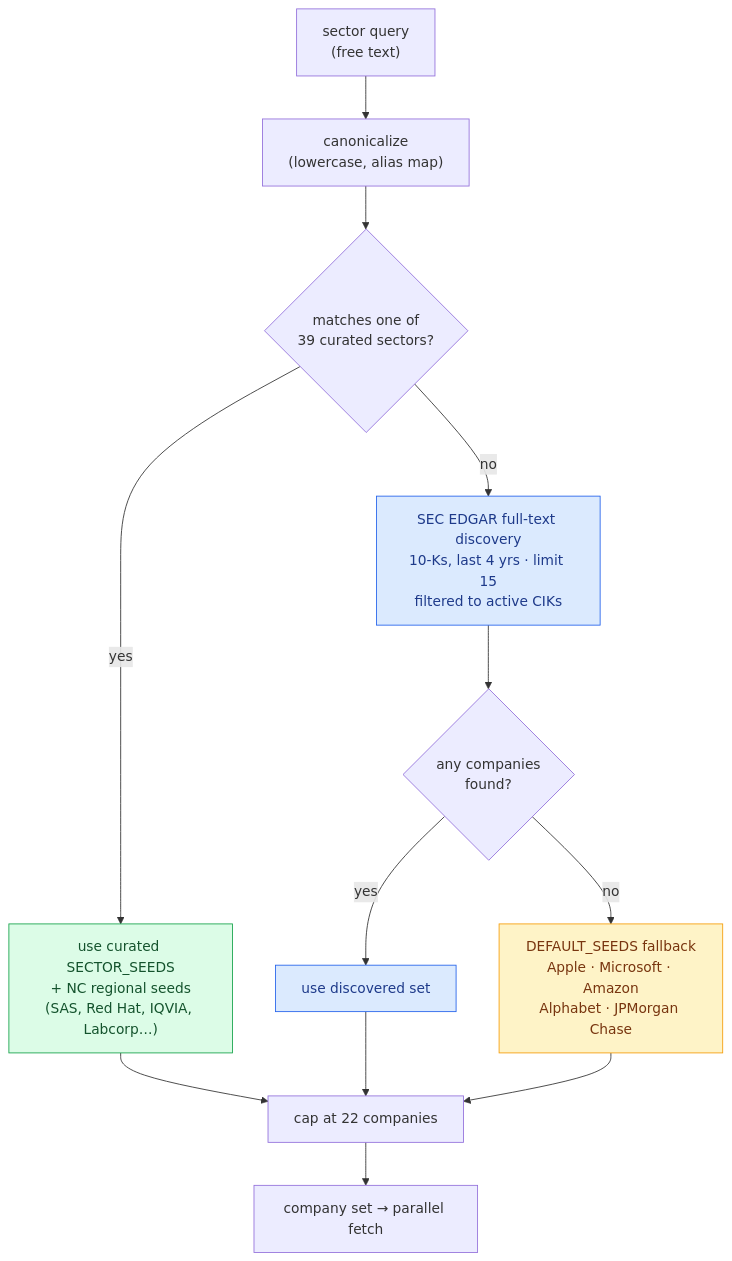
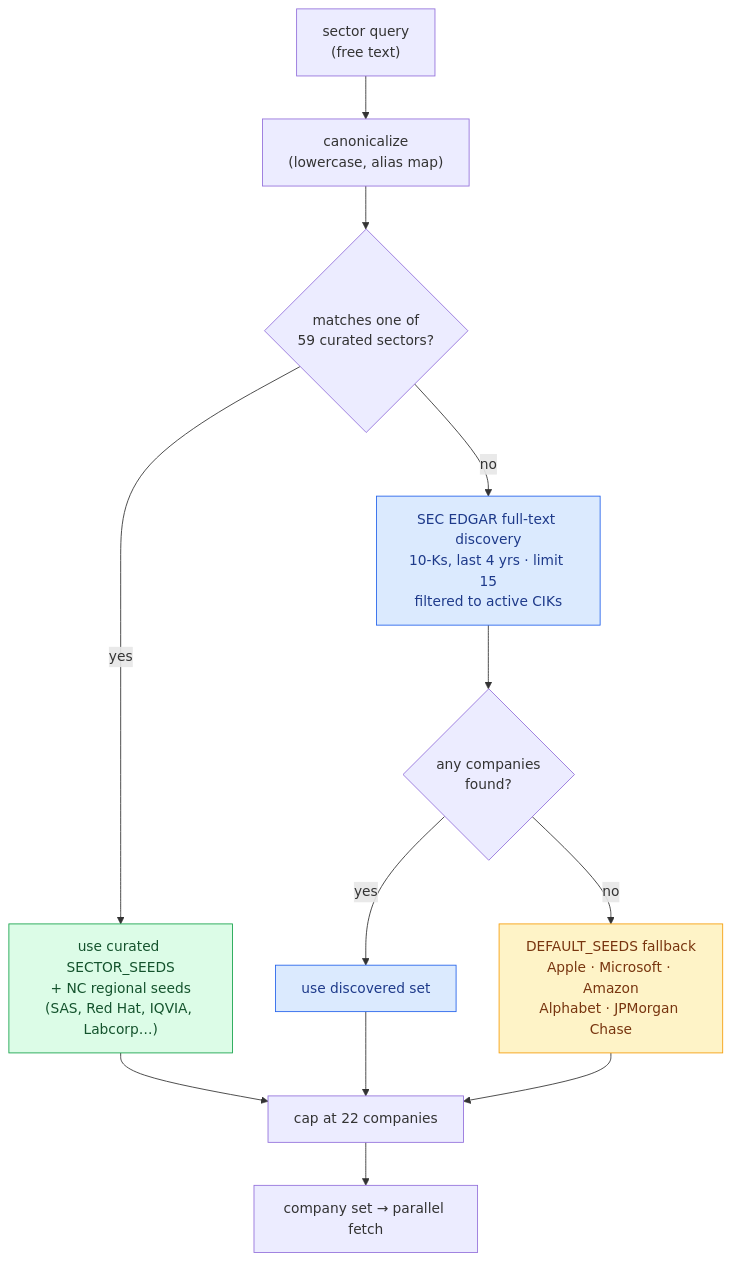
Before and after one commit to AidanColvin/map-elt-research-graph-3: the seventh of 16 diagrams in README.md, drawn with Mermaid. The commit also changed other lines of this file, not shown here.

````diff
--- a/README.md
+++ b/README.md
@@ -291,21 +299,21 @@
 ```mermaid
 flowchart TD
     IN["sector query<br/>(free text)"] --> CANON["canonicalize<br/>(lowercase, alias map)"]
-    CANON --> Q{"matches one of<br/>39 curated sectors?"}
+    CANON --> Q{"matches one of<br/>59 curated sectors?"}
     Q -->|"yes"| SEEDS["use curated SECTOR_SEEDS<br/>+ NC regional seeds<br/>(SAS, Red Hat, IQVIA, Labcorp…)"]
     Q -->|"no"| DISC["SEC EDGAR full-text discovery<br/>10-Ks, last 4 yrs · limit 15<br/>filtered to active CIKs"]
     DISC --> D2{"any companies<br/>found?"}
     D2 -->|"yes"| LIVE["use discovered set"]
     D2 -->|"no"| DEF["DEFAULT_SEEDS fallback<br/>Apple · Microsoft · Amazon<br/>Alphabet · JPMorgan Chase"]
     SEEDS --> CAP["cap at 22 companies"]
     LIVE --> CAP
     DEF --> CAP
     CAP --> OUT["company set → parallel fetch"]
 
     classDef curated fill:#dcfce7,stroke:#16a34a,color:#14532d;
     classDef live fill:#dbeafe,stroke:#2563eb,color:#1e3a8a;
     classDef fall fill:#fef3c7,stroke:#f59e0b,color:#78350f;
     class SEEDS curated;
     class DISC,LIVE live;
     class DEF fall;
 ```
````
